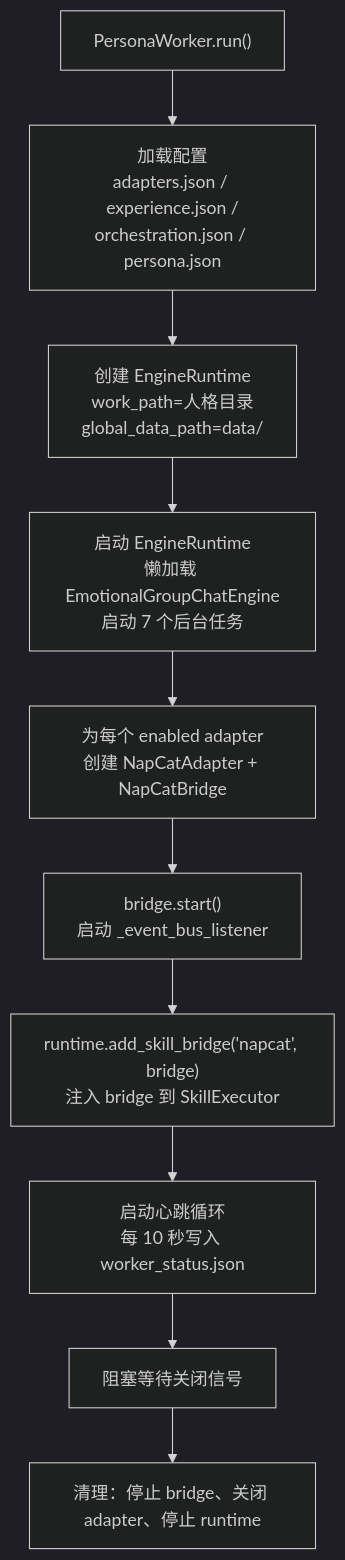
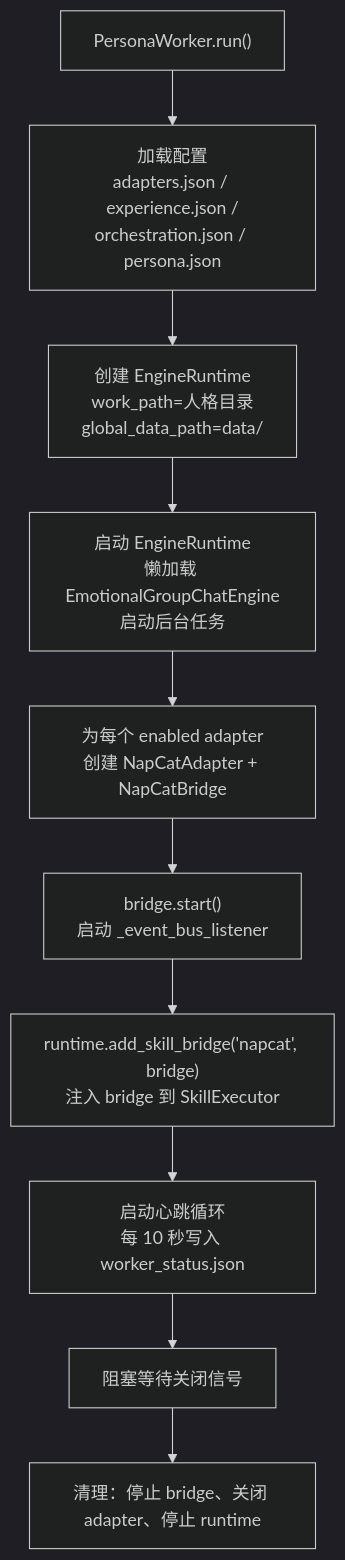
One commit to LiveSirius/SiriusChat changed the third of 11 diagrams in docs/full-architecture-flow.md. Above: the diagram before and after it, drawn with Mermaid (dark theme). The commit also changed other lines of this file and 8 other files, not shown here.

````diff
--- a/docs/full-architecture-flow.md
+++ b/docs/full-architecture-flow.md
@@ -120,12 +120,12 @@
 ```mermaid
 flowchart TD
     A["PersonaWorker.run()"] --> B["加载配置<br/>adapters.json / experience.json /<br/>orchestration.json / persona.json"]
     B --> C["创建 EngineRuntime<br/>work_path=人格目录<br/>global_data_path=data/"]
-    C --> D["启动 EngineRuntime<br/>懒加载 EmotionalGroupChatEngine<br/>启动 7 个后台任务"]
+    C --> D["启动 EngineRuntime<br/>懒加载 EmotionalGroupChatEngine<br/>启动后台任务"]
     D --> E["为每个 enabled adapter<br/>创建 NapCatAdapter + NapCatBridge"]
     E --> F["bridge.start()<br/>启动 _event_bus_listener"]
     F --> G["runtime.add_skill_bridge('napcat', bridge)<br/>注入 bridge 到 SkillExecutor"]
     G --> H["启动心跳循环<br/>每 10 秒写入 worker_status.json"]
     H --> I["阻塞等待关闭信号"]
     I --> J["清理：停止 bridge、关闭 adapter、停止 runtime"]
 ```
````
